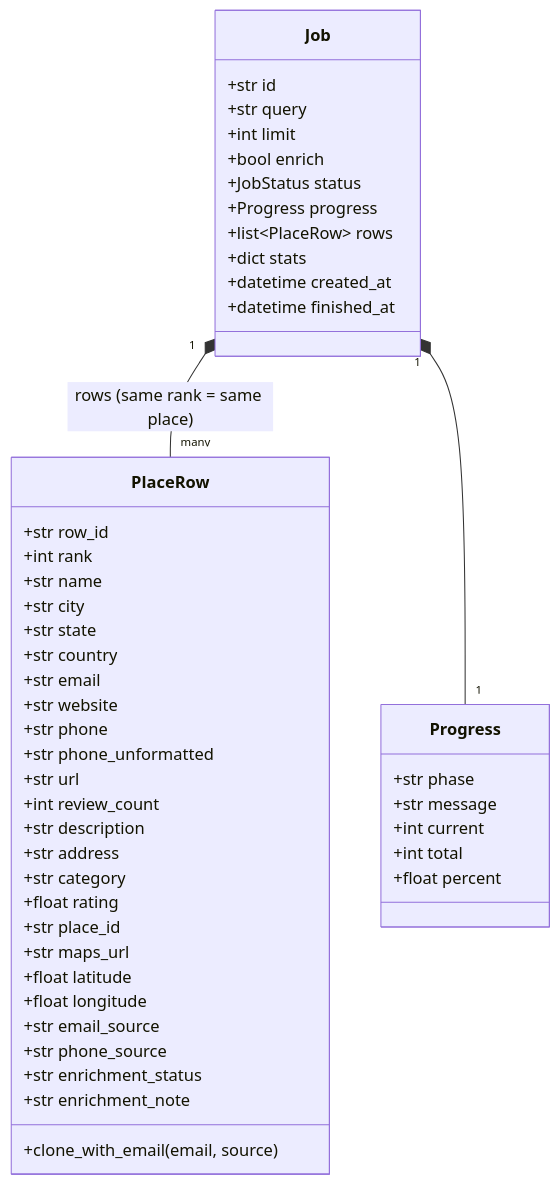
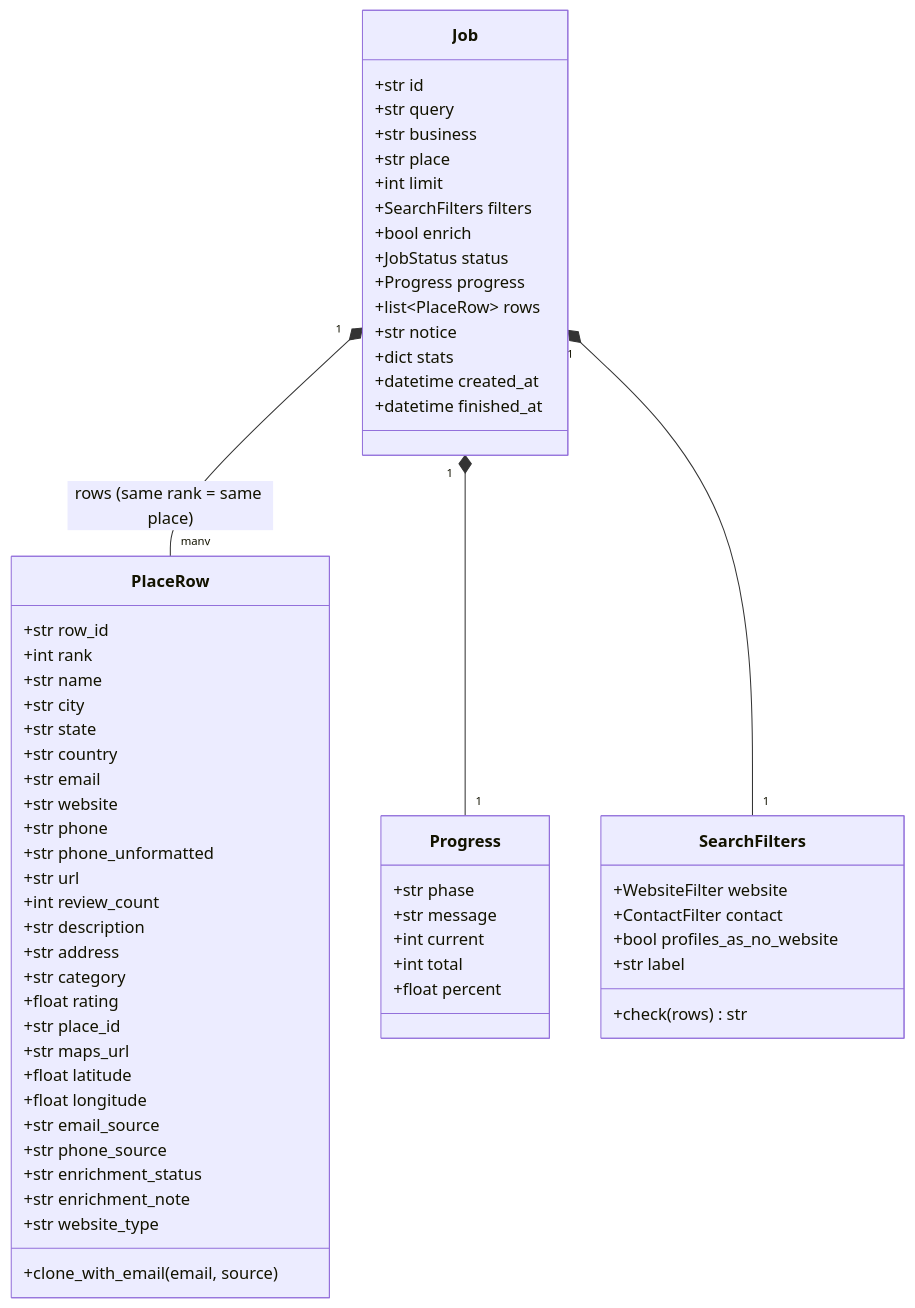
Before and after one commit to wandringspirit/leadspilot-engine: the diagram in docs/DATA_MODEL.md, drawn with Mermaid. The commit also changed other lines of this file and 31 other files, not shown here.

First line of the commit message:
Search by business + place with website / contact filters (v1.2.0)

````diff
--- a/docs/DATA_MODEL.md
+++ b/docs/DATA_MODEL.md
@@ -122,51 +149,64 @@
 ```mermaid
 classDiagram
     class Job {
         +str id
         +str query
+        +str business
+        +str place
         +int limit
+        +SearchFilters filters
         +bool enrich
         +JobStatus status
         +Progress progress
         +list~PlaceRow~ rows
+        +str notice
         +dict stats
         +datetime created_at
         +datetime finished_at
+    }
+    class SearchFilters {
+        +WebsiteFilter website
+        +ContactFilter contact
+        +bool profiles_as_no_website
+        +str label
+        +check(rows) str
     }
     class PlaceRow {
         +str row_id
         +int rank
         +str name
         +str city
         +str state
         +str country
         +str email
         +str website
         +str phone
         +str phone_unformatted
         +str url
         +int review_count
         +str description
         +str address
         +str category
         +float rating
         +str place_id
         +str maps_url
         +float latitude
         +float longitude
         +str email_source
         +str phone_source
         +str enrichment_status
         +str enrichment_note
+        +str website_type
         +clone_with_email(email, source)
     }
     class Progress {
         +str phase
         +str message
         +int current
         +int total
         +float percent
     }
     Job "1" *-- "many" PlaceRow : rows (same rank = same place)
     Job "1" *-- "1" Progress
+    Job "1" *-- "1" SearchFilters
 ```
````
